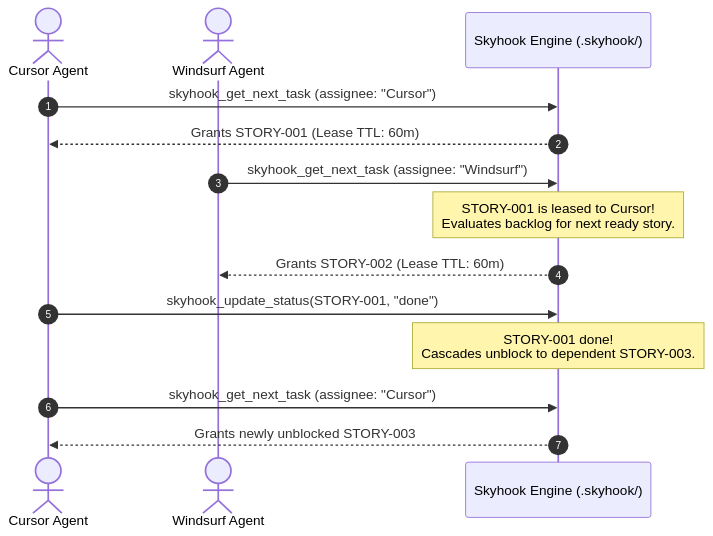
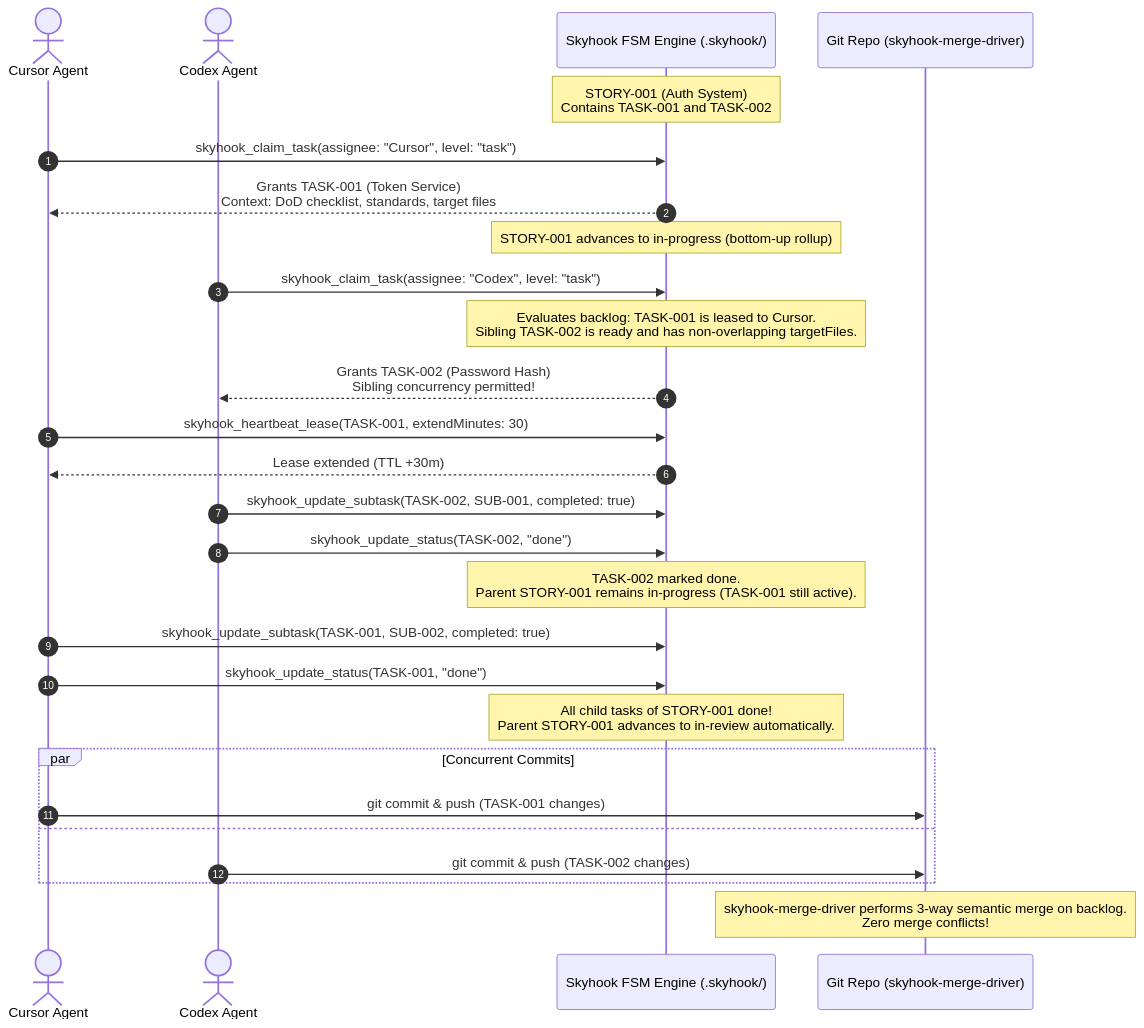
The diagram in skyhook/docs/TUTORIALS/02_MULTI_AGENT_WORKFLOW.md (asadayoub/skyhook), drawn with Mermaid before and after one commit. The commit also changed other lines of this file and 40 other files, not shown here.

````diff
--- a/skyhook/docs/TUTORIALS/02_MULTI_AGENT_WORKFLOW.md
+++ b/skyhook/docs/TUTORIALS/02_MULTI_AGENT_WORKFLOW.md
@@ -11,20 +16,36 @@
 ```mermaid
 sequenceDiagram
     autonumber
     actor Agent1 as Cursor Agent
-    actor Agent2 as Windsurf Agent
-    participant Skyhook as Skyhook Engine (.skyhook/)
+    actor Agent2 as Codex Agent
+    participant Skyhook as Skyhook FSM Engine (.skyhook/)
+    participant Git as Git Repo (skyhook-merge-driver)
 
-    Agent1->>Skyhook: skyhook_get_next_task (assignee: "Cursor")
-    Skyhook-->>Agent1: Grants STORY-001 (Lease TTL: 60m)
-    
-    Agent2->>Skyhook: skyhook_get_next_task (assignee: "Windsurf")
-    Note over Skyhook: STORY-001 is leased to Cursor!<br/>Evaluates backlog for next ready story.
-    Skyhook-->>Agent2: Grants STORY-002 (Lease TTL: 60m)
+    Note over Skyhook: STORY-001 (Auth System)<br/>Contains TASK-001 and TASK-002
 
-    Agent1->>Skyhook: skyhook_update_status(STORY-001, "done")
-    Note over Skyhook: STORY-001 done!<br/>Cascades unblock to dependent STORY-003.
-    
-    Agent1->>Skyhook: skyhook_get_next_task (assignee: "Cursor")
-    Skyhook-->>Agent1: Grants newly unblocked STORY-003
+    Agent1->>Skyhook: skyhook_claim_task(assignee: "Cursor", level: "task")
+    Skyhook-->>Agent1: Grants TASK-001 (Token Service)<br/>Context: DoD checklist, standards, target files
+    Note over Skyhook: STORY-001 advances to in-progress (bottom-up rollup)
+
+    Agent2->>Skyhook: skyhook_claim_task(assignee: "Codex", level: "task")
+    Note over Skyhook: Evaluates backlog: TASK-001 is leased to Cursor.<br/>Sibling TASK-002 is ready and has non-overlapping targetFiles.
+    Skyhook-->>Agent2: Grants TASK-002 (Password Hash)<br/>Sibling concurrency permitted!
+
+    Agent1->>Skyhook: skyhook_heartbeat_lease(TASK-001, extendMinutes: 30)
+    Skyhook-->>Agent1: Lease extended (TTL +30m)
+
+    Agent2->>Skyhook: skyhook_update_subtask(TASK-002, SUB-001, completed: true)
+    Agent2->>Skyhook: skyhook_update_status(TASK-002, "done")
+    Note over Skyhook: TASK-002 marked done.<br/>Parent STORY-001 remains in-progress (TASK-001 still active).
+
+    Agent1->>Skyhook: skyhook_update_subtask(TASK-001, SUB-002, completed: true)
+    Agent1->>Skyhook: skyhook_update_status(TASK-001, "done")
+    Note over Skyhook: All child tasks of STORY-001 done!<br/>Parent STORY-001 advances to in-review automatically.
+
+    par Concurrent Commits
+        Agent1->>Git: git commit & push (TASK-001 changes)
+    and
+        Agent2->>Git: git commit & push (TASK-002 changes)
+    end
+    Note over Git: skyhook-merge-driver performs 3-way semantic merge on backlog.<br/>Zero merge conflicts!
 ```
````
